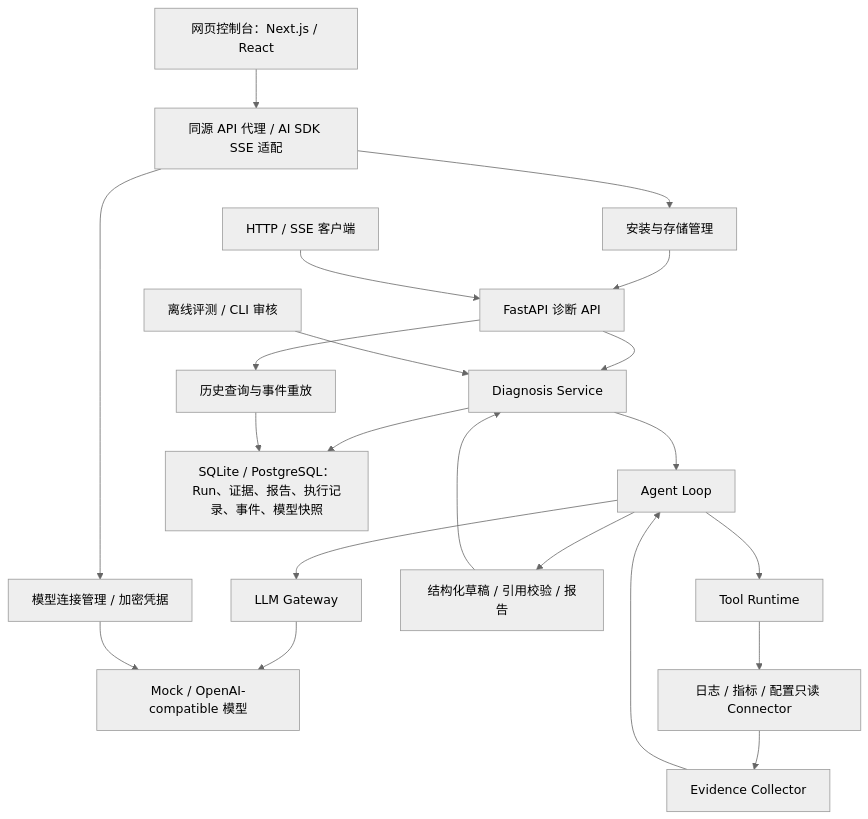
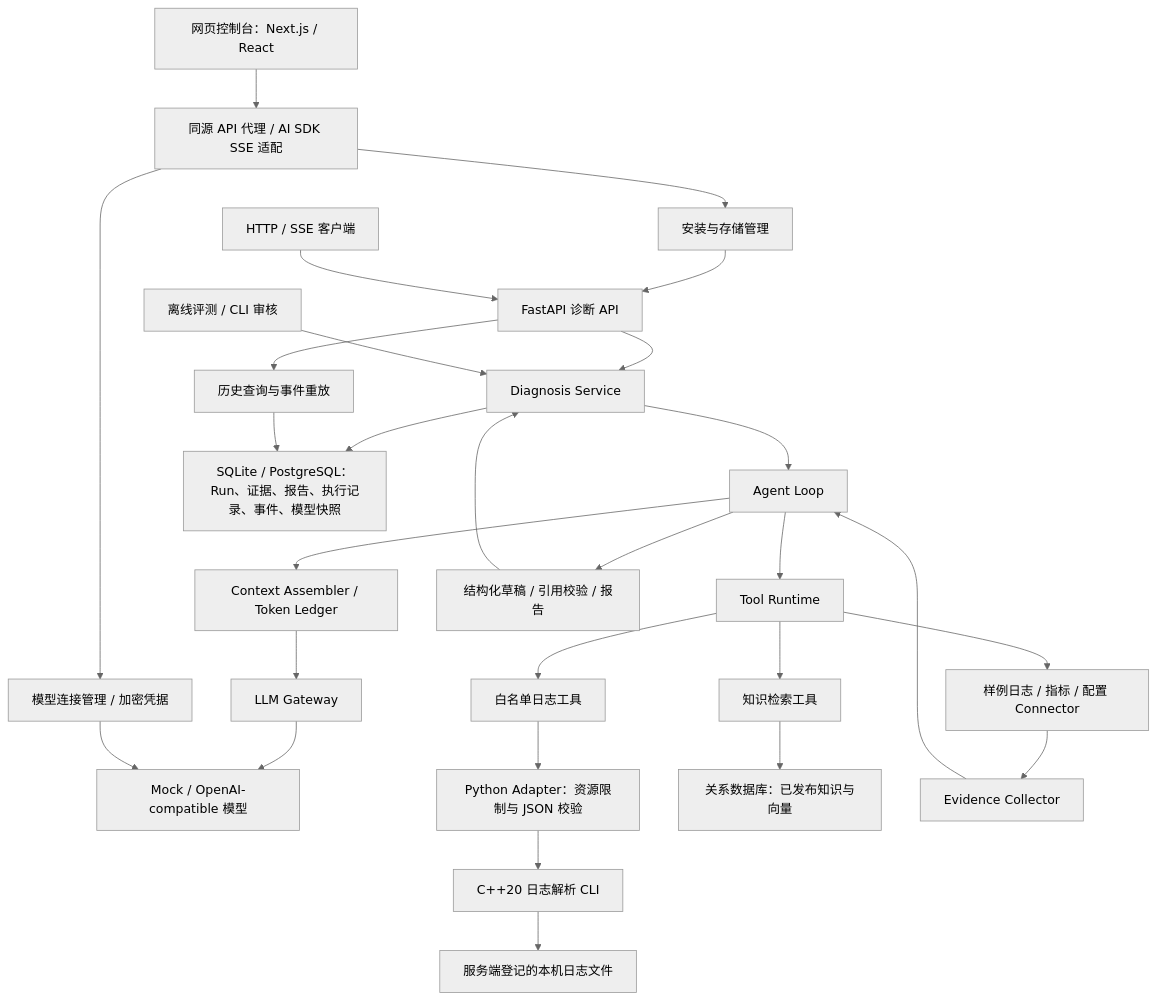
One commit to Rrrayy/EvidenceOps changed the diagram in README.zh-CN.md. Above: the diagram before and after it, drawn with Mermaid (neutral theme). The commit also changed other lines of this file and 1 other file, not shown here.

````diff
--- a/README.zh-CN.md
+++ b/README.zh-CN.md
@@ -133,23 +135,30 @@
 ```mermaid
 flowchart TD
     Browser["网页控制台：Next.js / React"] --> Proxy["同源 API 代理 / AI SDK SSE 适配"]
     Proxy --> Install["安装与存储管理"]
     Install --> API["FastAPI 诊断 API"]
     Client["HTTP / SSE 客户端"] --> API
     API --> Service["Diagnosis Service"]
     Service --> Loop["Agent Loop"]
-    Loop --> Gateway["LLM Gateway"]
+    Loop --> Context["Context Assembler / Token Ledger"]
+    Context --> Gateway["LLM Gateway"]
     Gateway --> Provider["Mock / OpenAI-compatible 模型"]
     Loop --> Runtime["Tool Runtime"]
-    Runtime --> Sources["日志 / 指标 / 配置只读 Connector"]
-    Sources --> Evidence["Evidence Collector"]
+    Runtime --> Samples["样例日志 / 指标 / 配置 Connector"]
+    Runtime --> Parsed["白名单日志工具"]
+    Parsed --> Adapter["Python Adapter：资源限制与 JSON 校验"]
+    Adapter --> CLI["C++20 日志解析 CLI"]
+    CLI --> Files["服务端登记的本机日志文件"]
+    Runtime --> Knowledge["知识检索工具"]
+    Knowledge --> Corpus["关系数据库：已发布知识与向量"]
+    Samples --> Evidence["Evidence Collector"]
     Evidence --> Loop
     Loop --> Report["结构化草稿 / 引用校验 / 报告"]
     Report --> Service
     Service --> Store["SQLite / PostgreSQL：Run、证据、报告、执行记录、事件、模型快照"]
     API --> History["历史查询与事件重放"]
     History --> Store
     Proxy --> Connections["模型连接管理 / 加密凭据"]
     Connections --> Provider
     Eval["离线评测 / CLI 审核"] --> Service
 ```
````
